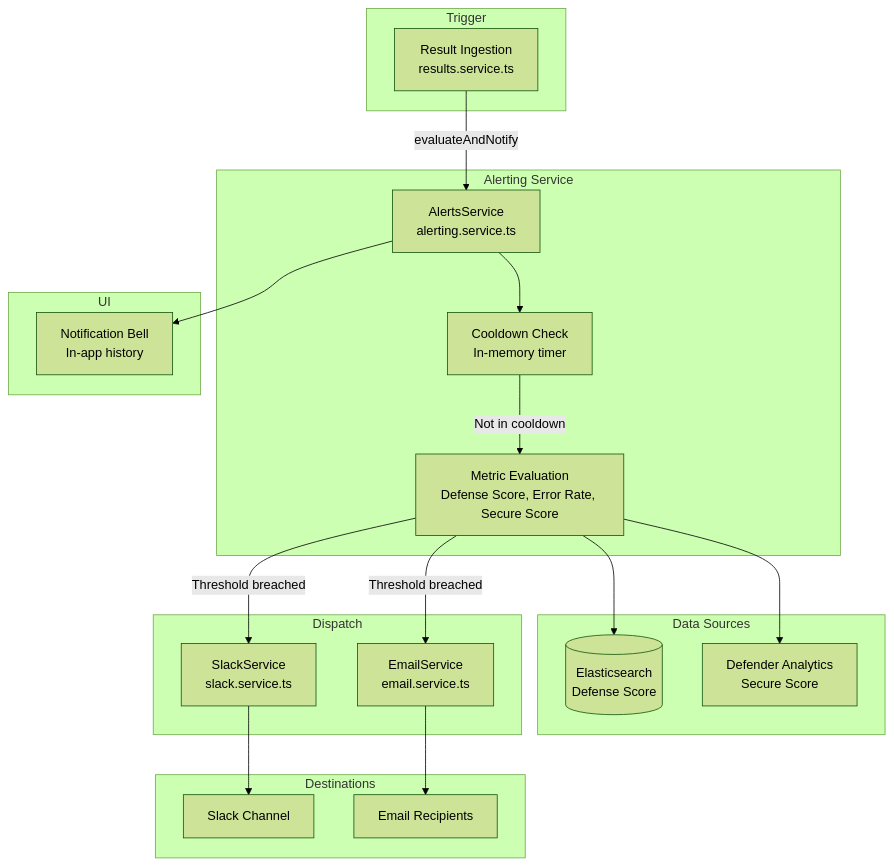
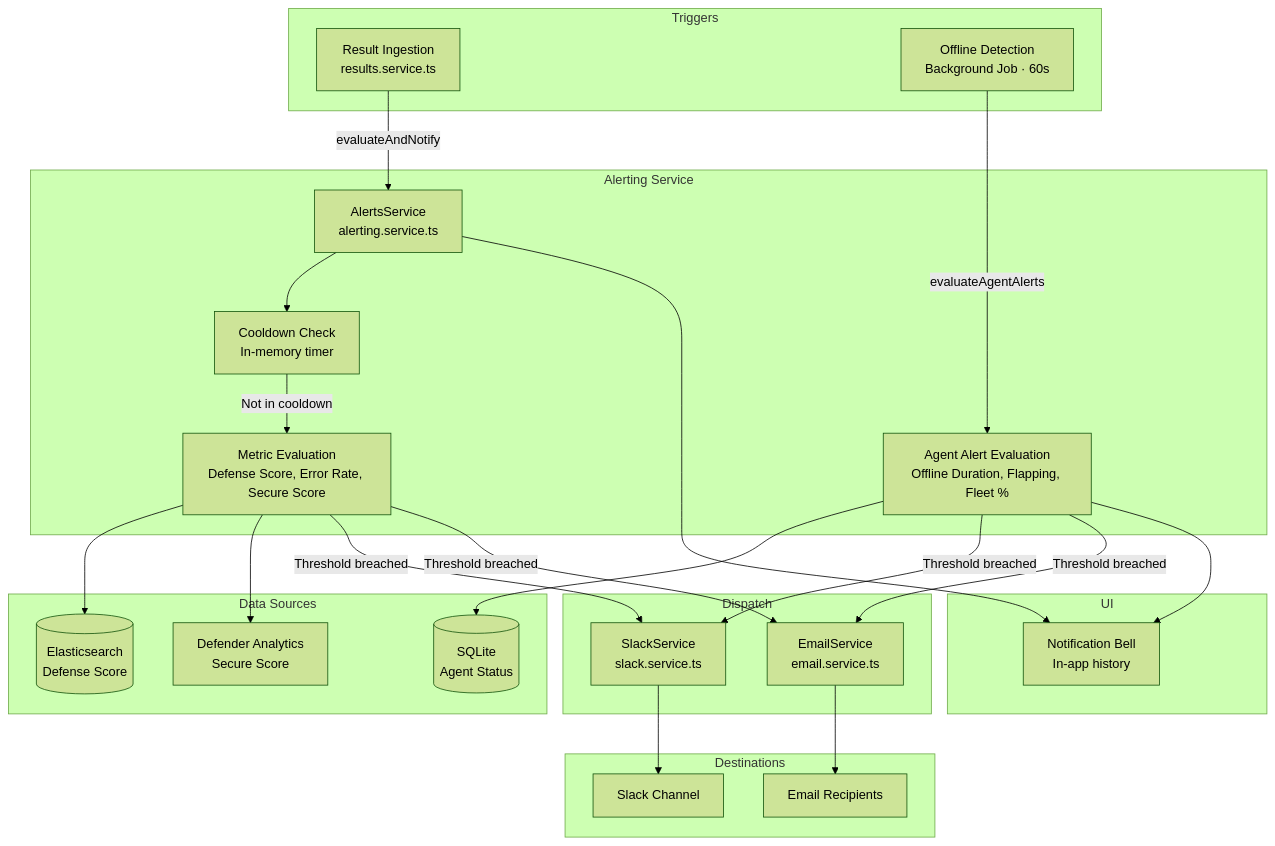
Before and after one commit to projectachilles/ProjectAchilles: the first of 2 diagrams in wiki/docs/user-guide/integrations/alerting.md, drawn with Mermaid (forest theme). The commit also changed other lines of this file and 5 other files, not shown here.

````diff
--- a/wiki/docs/user-guide/integrations/alerting.md
+++ b/wiki/docs/user-guide/integrations/alerting.md
@@ -48,42 +48,50 @@
 ```mermaid
 graph TB
-    subgraph "Trigger"
+    subgraph "Triggers"
         RI[Result Ingestion<br/>results.service.ts]
+        OD[Offline Detection<br/>Background Job · 60s]
     end
 
     subgraph "Alerting Service"
         AS[AlertsService<br/>alerting.service.ts]
         CD[Cooldown Check<br/>In-memory timer]
         ME[Metric Evaluation<br/>Defense Score, Error Rate, Secure Score]
+        AAE[Agent Alert Evaluation<br/>Offline Duration, Flapping, Fleet %]
     end
 
     subgraph "Data Sources"
         ES[(Elasticsearch<br/>Defense Score)]
         DEF[Defender Analytics<br/>Secure Score]
+        DB[(SQLite<br/>Agent Status)]
     end
 
     subgraph "Dispatch"
         SS[SlackService<br/>slack.service.ts]
         EMS[EmailService<br/>email.service.ts]
     end
 
     subgraph "Destinations"
         SLACK[Slack Channel]
         SMTP[Email Recipients]
     end
 
     subgraph "UI"
         BELL[Notification Bell<br/>In-app history]
     end
 
     RI -->|evaluateAndNotify| AS
+    OD -->|evaluateAgentAlerts| AAE
     AS --> CD
     CD -->|Not in cooldown| ME
     ME --> ES
     ME --> DEF
     ME -->|Threshold breached| SS
     ME -->|Threshold breached| EMS
+    AAE --> DB
+    AAE -->|Threshold breached| SS
+    AAE -->|Threshold breached| EMS
     SS --> SLACK
     EMS --> SMTP
     AS --> BELL
+    AAE --> BELL
 ```
````
